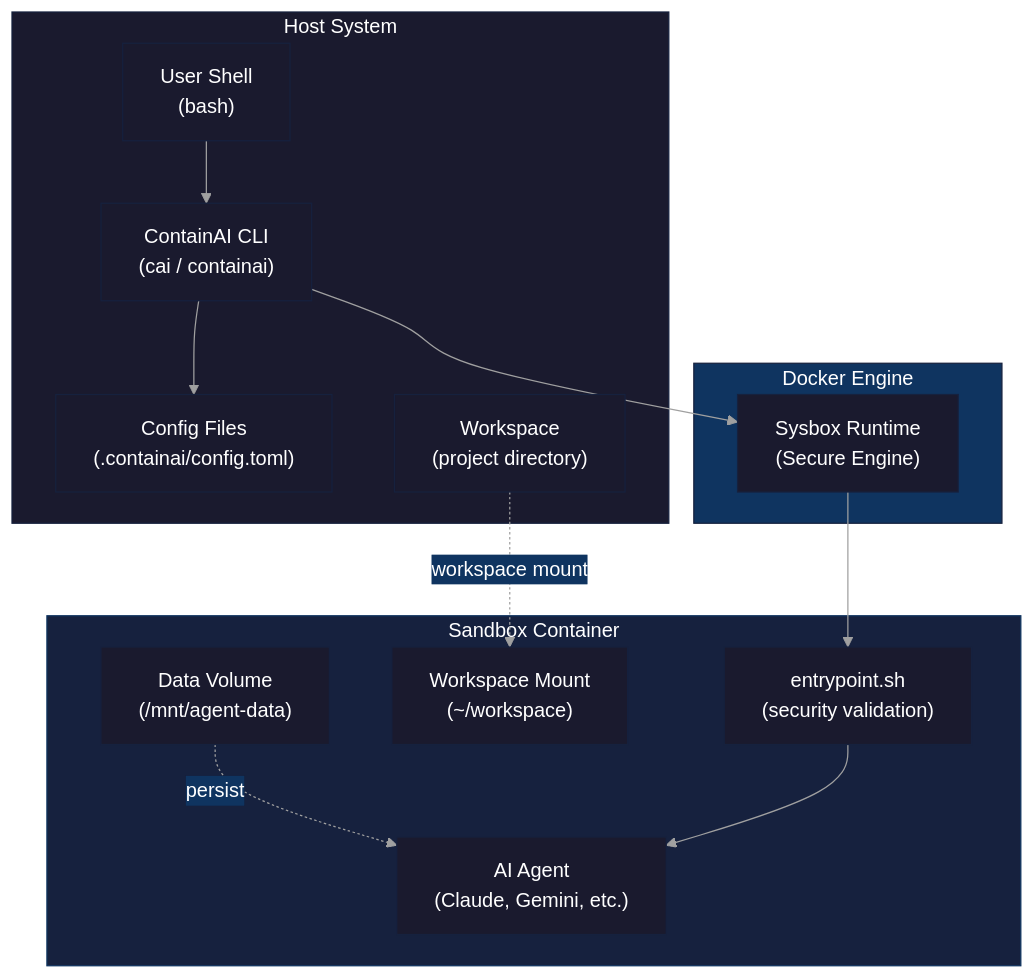
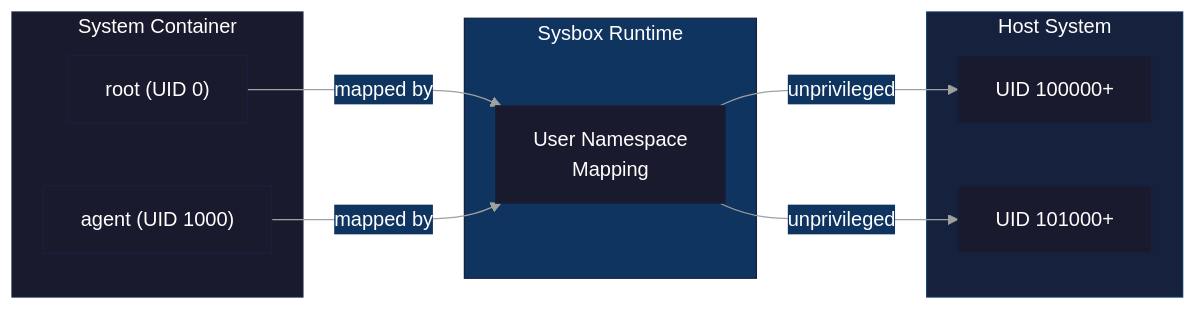
The first of 11 diagrams in docs/architecture.md (novotnyllc/ContainAI), drawn with Mermaid before and after one commit. The commit also changed other lines of this file, not shown here.

First line of the commit message:
docs(architecture): rewrite with system container architecture

````diff
--- a/docs/architecture.md
+++ b/docs/architecture.md
@@ -20,42 +49,35 @@
 ```mermaid
 %%{init: {'theme': 'base', 'themeVariables': {
   'primaryColor': '#1a1a2e',
   'primaryTextColor': '#ffffff',
   'primaryBorderColor': '#16213e',
   'secondaryColor': '#0f3460',
   'tertiaryColor': '#1a1a2e',
   'lineColor': '#a0a0a0',
   'textColor': '#ffffff',
   'background': '#0d1117'
 }}}%%
-flowchart TB
-    subgraph Host["Host System"]
-        User["User Shell<br/>(bash)"]
-        CLI["ContainAI CLI<br/>(cai / containai)"]
-        Config["Config Files<br/>(.containai/config.toml)"]
-        Workspace["Workspace<br/>(project directory)"]
+flowchart LR
+    subgraph Container["System Container"]
+        CRoot["root (UID 0)"]
+        CAgent["agent (UID 1000)"]
     end
 
-    subgraph DockerLayer["Docker Engine"]
-        Sysbox["Sysbox Runtime<br/>(Secure Engine)"]
+    subgraph Sysbox["Sysbox Runtime"]
+        Userns["User Namespace<br/>Mapping"]
     end
 
-    subgraph Sandbox["Sandbox Container"]
-        Agent["AI Agent<br/>(Claude, Gemini, etc.)"]
-        DataVol["Data Volume<br/>(/mnt/agent-data)"]
-        WorkMount["Workspace Mount<br/>(~/workspace)"]
-        Entry["entrypoint.sh<br/>(security validation)"]
+    subgraph Host["Host System"]
+        HRoot["UID 100000+"]
+        HAgent["UID 101000+"]
     end
 
-    User --> CLI
-    CLI --> Config
-    CLI --> Sysbox
-    Sysbox --> Entry
-    Workspace -.->|"workspace mount"| WorkMount
-    DataVol -.->|persist| Agent
-    Entry --> Agent
+    CRoot -->|"mapped by"| Userns
+    CAgent -->|"mapped by"| Userns
+    Userns -->|"unprivileged"| HRoot
+    Userns -->|"unprivileged"| HAgent
 
-    style Host fill:#1a1a2e,stroke:#16213e,color:#fff
-    style DockerLayer fill:#0f3460,stroke:#16213e,color:#fff
-    style Sandbox fill:#16213e,stroke:#0f3460,color:#fff
+    style Container fill:#1a1a2e,stroke:#16213e,color:#fff
+    style Sysbox fill:#0f3460,stroke:#16213e,color:#fff
+    style Host fill:#16213e,stroke:#0f3460,color:#fff
 ```
````
